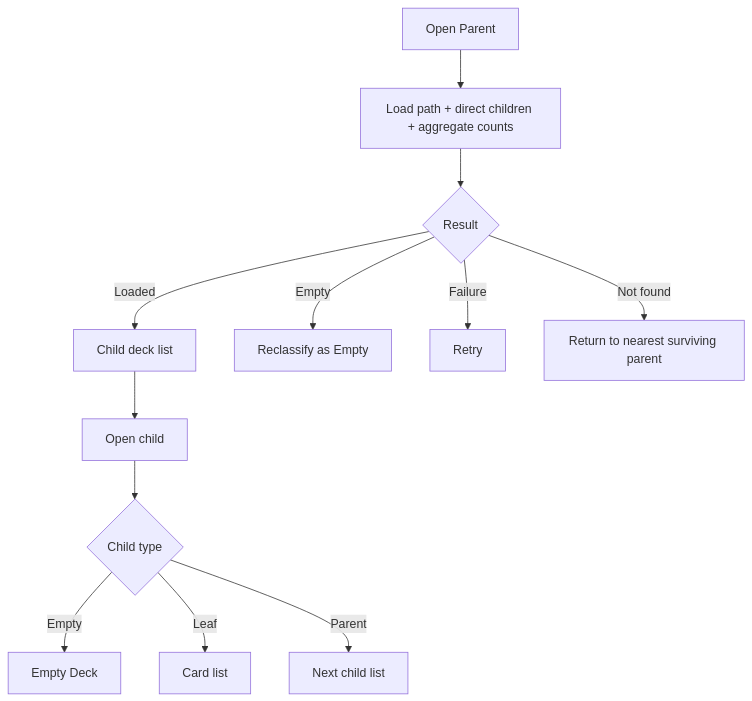
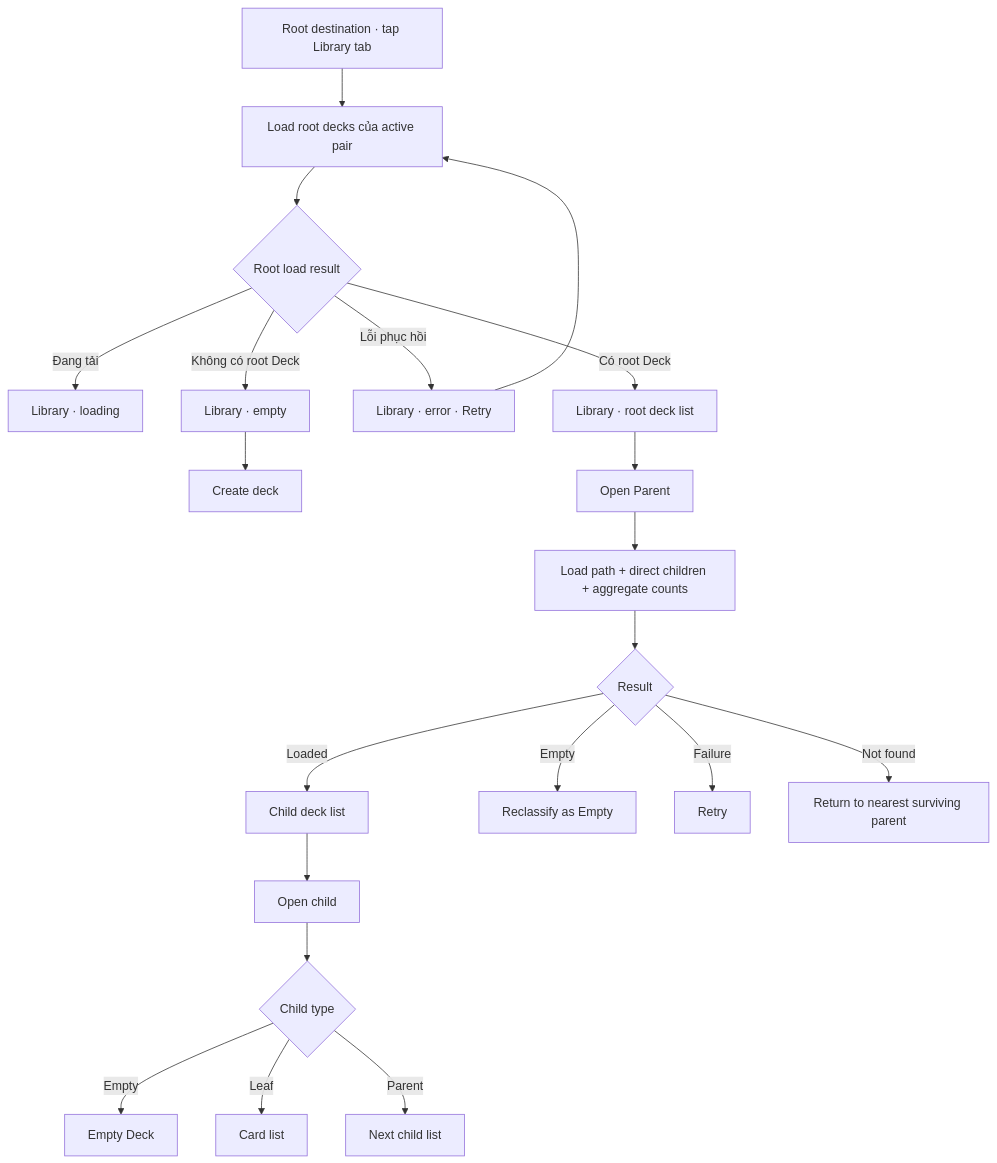
The diagram in docs/business/deck/browse-nested-decks.md (ntgptit/memox-v6), drawn with Mermaid before and after one commit. The commit also changed other lines of this file and 31 other files, not shown here.

First line of the commit message:
Persistent tab shell, Library root charted, MX-VIS-018 measured (3.15B / P0.4) (#94)

````diff
--- a/docs/business/deck/browse-nested-decks.md
+++ b/docs/business/deck/browse-nested-decks.md
@@ -26,14 +32,24 @@
 ```mermaid
 flowchart TD
+    M["Root destination · tap Library tab"] --> N["Load root decks của active pair"]
+    N --> O{"Root load result"}
+    O -- "Đang tải" --> P["Library · loading"]
+    O -- "Không có root Deck" --> Q["Library · empty"]
+    O -- "Lỗi phục hồi" --> R["Library · error · Retry"]
+    O -- "Có root Deck" --> S["Library · root deck list"]
+    Q --> T["Create deck"]
+    R --> N
+    S --> A
+
     A["Open Parent"] --> B["Load path + direct children + aggregate counts"]
     B --> C{"Result"}
     C -- "Loaded" --> D["Child deck list"]
     C -- "Empty" --> E["Reclassify as Empty"]
     C -- "Failure" --> F["Retry"]
     C -- "Not found" --> G["Return to nearest surviving parent"]
     D --> H["Open child"]
     H --> I{"Child type"}
     I -- "Empty" --> J["Empty Deck"]
     I -- "Leaf" --> K["Card list"]
     I -- "Parent" --> L["Next child list"]
 ```
````
